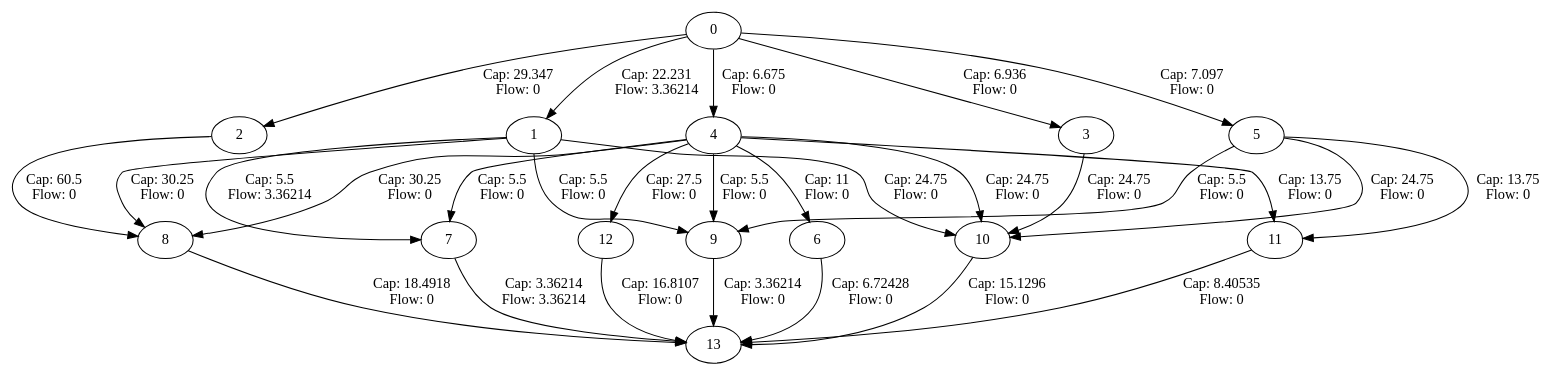
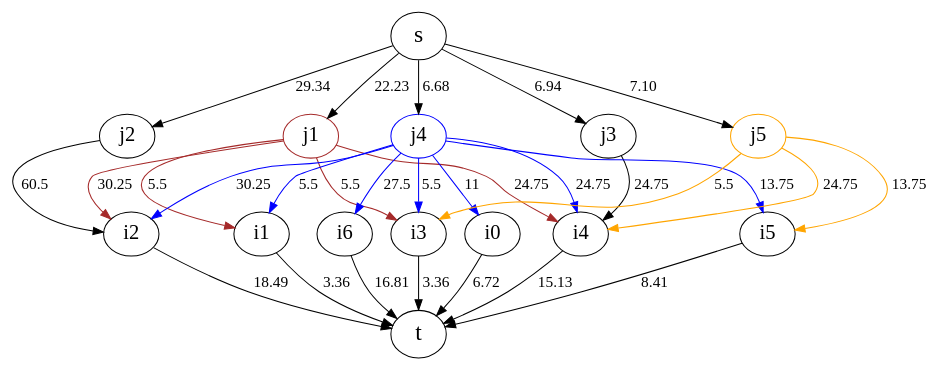
Before and after one commit to JoasLoo/FULPES: the diagram in graph.dot, drawn with Graphviz. The commit also changed other lines of this file and 1 other file, not shown here.

```diff
--- a/graph.dot
+++ b/graph.dot
@@ -1,30 +1,44 @@
 digraph G {
-    0 -> 1 [label="Cap: 22.231\nFlow: 3.36214"];
-    0 -> 2 [label="Cap: 29.347\nFlow: 0"];
-    0 -> 3 [label="Cap: 6.936\nFlow: 0"];
-    0 -> 4 [label="Cap: 6.675\nFlow: 0"];
-    0 -> 5 [label="Cap: 7.097\nFlow: 0"];
-    1 -> 7 [label="Cap: 5.5\nFlow: 3.36214"];
-    1 -> 8 [label="Cap: 30.25\nFlow: 0"];
-    1 -> 9 [label="Cap: 5.5\nFlow: 0"];
-    1 -> 10 [label="Cap: 24.75\nFlow: 0"];
-    2 -> 8 [label="Cap: 60.5\nFlow: 0"];
-    3 -> 10 [label="Cap: 24.75\nFlow: 0"];
-    4 -> 6 [label="Cap: 11\nFlow: 0"];
-    4 -> 7 [label="Cap: 5.5\nFlow: 0"];
-    4 -> 8 [label="Cap: 30.25\nFlow: 0"];
-    4 -> 9 [label="Cap: 5.5\nFlow: 0"];
-    4 -> 10 [label="Cap: 24.75\nFlow: 0"];
-    4 -> 11 [label="Cap: 13.75\nFlow: 0"];
-    4 -> 12 [label="Cap: 27.5\nFlow: 0"];
-    5 -> 9 [label="Cap: 5.5\nFlow: 0"];
-    5 -> 10 [label="Cap: 24.75\nFlow: 0"];
-    5 -> 11 [label="Cap: 13.75\nFlow: 0"];
-    6 -> 13 [label="Cap: 6.72428\nFlow: 0"];
-    7 -> 13 [label="Cap: 3.36214\nFlow: 3.36214"];
-    8 -> 13 [label="Cap: 18.4918\nFlow: 0"];
-    9 -> 13 [label="Cap: 3.36214\nFlow: 0"];
-    10 -> 13 [label="Cap: 15.1296\nFlow: 0"];
-    11 -> 13 [label="Cap: 8.40535\nFlow: 0"];
-    12 -> 13 [label="Cap: 16.8107\nFlow: 0"];
+    s [fontsize="23"];
+    s -> j1 [label="22.23" fontsize="15"];
+    s -> j2 [label="29.34" fontsize="15"];
+    s -> j3 [label="6.94" fontsize="15" ];
+    s -> j4 [label="6.68" fontsize="15"];
+    s -> j5 [label="7.10" fontsize="15"];
+    j1 [fontsize="20"][color=brown];
+    j1 -> i1 [label="5.5" fontsize="15"][color=brown];
+    j1 -> i2 [label="30.25" fontsize="15"][color=brown];
+    j1 -> i3 [label="5.5" fontsize="15"][color=brown];
+    j1 -> i4 [label="24.75" fontsize="15"][color=brown];
+    j2 [fontsize="20"];
+    j2 -> i2 [label="60.5" fontsize="15"];
+    j3 [fontsize="20"];
+    j3 -> i4 [label="24.75" fontsize="15"];
+    j4 [color=blue] [fontsize="20"];
+    j4 -> i0 [label="11" fontsize="15"][color=blue];
+    j4 -> i1 [label="5.5" fontsize="15"][color=blue];
+    j4 -> i2 [label="30.25" fontsize="15"][color=blue];
+    j4 -> i3 [label="5.5" fontsize="15"][color=blue];
+    j4 -> i4 [label="24.75" fontsize="15"][color=blue];
+    j4 -> i5 [label="13.75" fontsize="15"] [color=blue];
+    j4 -> i6 [label="27.5" fontsize="15"][color=blue];
+    j5 [color=orange] [fontsize="20"];
+    j5 -> i3 [label="5.5" fontsize="15"][color=orange];
+    j5 -> i4 [label="24.75" fontsize="15"][color=orange];
+    j5 -> i5 [label="13.75" fontsize="15"][color=orange];
+    t [fontsize="23"];
+    i0 [fontsize="20"];
+    i1 [fontsize="20"];
+    i2 [fontsize="20"];
+    i3 [fontsize="20"];
+    i4 [fontsize="20"];
+    i5 [fontsize="20"];
+    i6 [fontsize="20"];
+    i0 -> t [label="6.72" fontsize="15"];
+    i1 -> t [label="3.36" fontsize="15"];
+    i2 -> t [label="18.49" fontsize="15"];
+    i3 -> t [label="3.36" fontsize="15"];
+    i4 -> t [label="15.13" fontsize="15"];
+    i5 -> t [label="8.41" fontsize="15"];
+    i6 -> t [label="16.81" fontsize="15"];
 }
```
